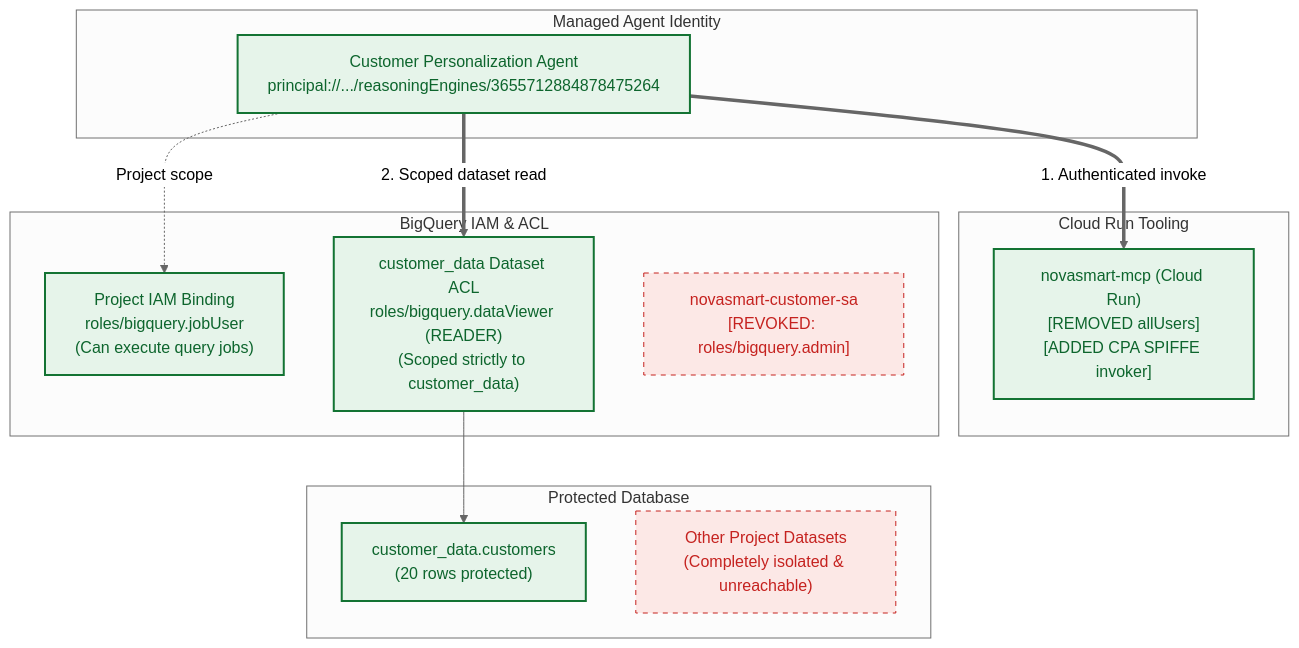
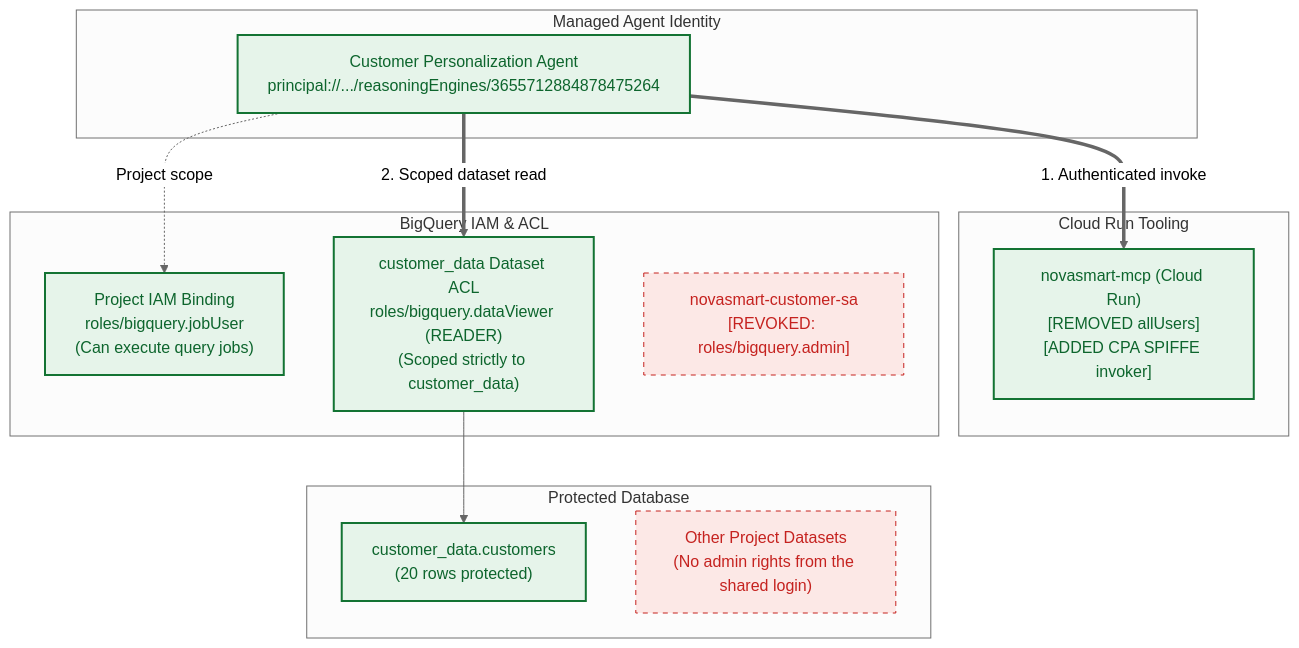
The third of 6 diagrams in docs/ARCHITECTURE_EVOLUTION_REPORT.md (nelmiux/build-with-gemini), drawn with Mermaid (neutral theme) before and after one commit. The commit also changed other lines of this file and 8 other files, not shown here.

````diff
--- a/docs/ARCHITECTURE_EVOLUTION_REPORT.md
+++ b/docs/ARCHITECTURE_EVOLUTION_REPORT.md
@@ -142,31 +142,31 @@
 ```mermaid
 flowchart TD
     subgraph "Managed Agent Identity"
         CPA_SPIFFE["Customer Personalization Agent<br/>principal://.../reasoningEngines/3655712884878475264"]
     end
 
     subgraph "Cloud Run Tooling"
         MCP["novasmart-mcp (Cloud Run)<br/>[REMOVED allUsers]<br/>[ADDED CPA SPIFFE invoker]"]
     end
 
     subgraph "BigQuery IAM & ACL"
         ProjectIAM["Project IAM Binding<br/>roles/bigquery.jobUser<br/>(Can execute query jobs)"]
         DatasetACL["customer_data Dataset ACL<br/>roles/bigquery.dataViewer (READER)<br/>(Scoped strictly to customer_data)"]
         Revoked["novasmart-customer-sa<br/>[REVOKED: roles/bigquery.admin]"]
     end
 
     subgraph "Protected Database"
         CustomersTable["customer_data.customers<br/>(20 rows protected)"]
-        OtherDatasets["Other Project Datasets<br/>(Completely isolated & unreachable)"]
+        OtherDatasets["Other Project Datasets<br/>(No admin rights from the shared login)"]
     end
 
     CPA_SPIFFE ==>|1. Authenticated invoke| MCP
     CPA_SPIFFE -.->|Project scope| ProjectIAM
     CPA_SPIFFE ==>|2. Scoped dataset read| DatasetACL
     DatasetACL --> CustomersTable
     
     classDef secure fill:#e6f4ea,stroke:#137333,stroke-width:2px,color:#0d652d;
     classDef blocked fill:#fce8e6,stroke:#c5221f,stroke-dasharray: 5 5,color:#c5221f;
     class CPA_SPIFFE,MCP,ProjectIAM,DatasetACL,CustomersTable secure;
     class Revoked,OtherDatasets blocked;
 ```
````
